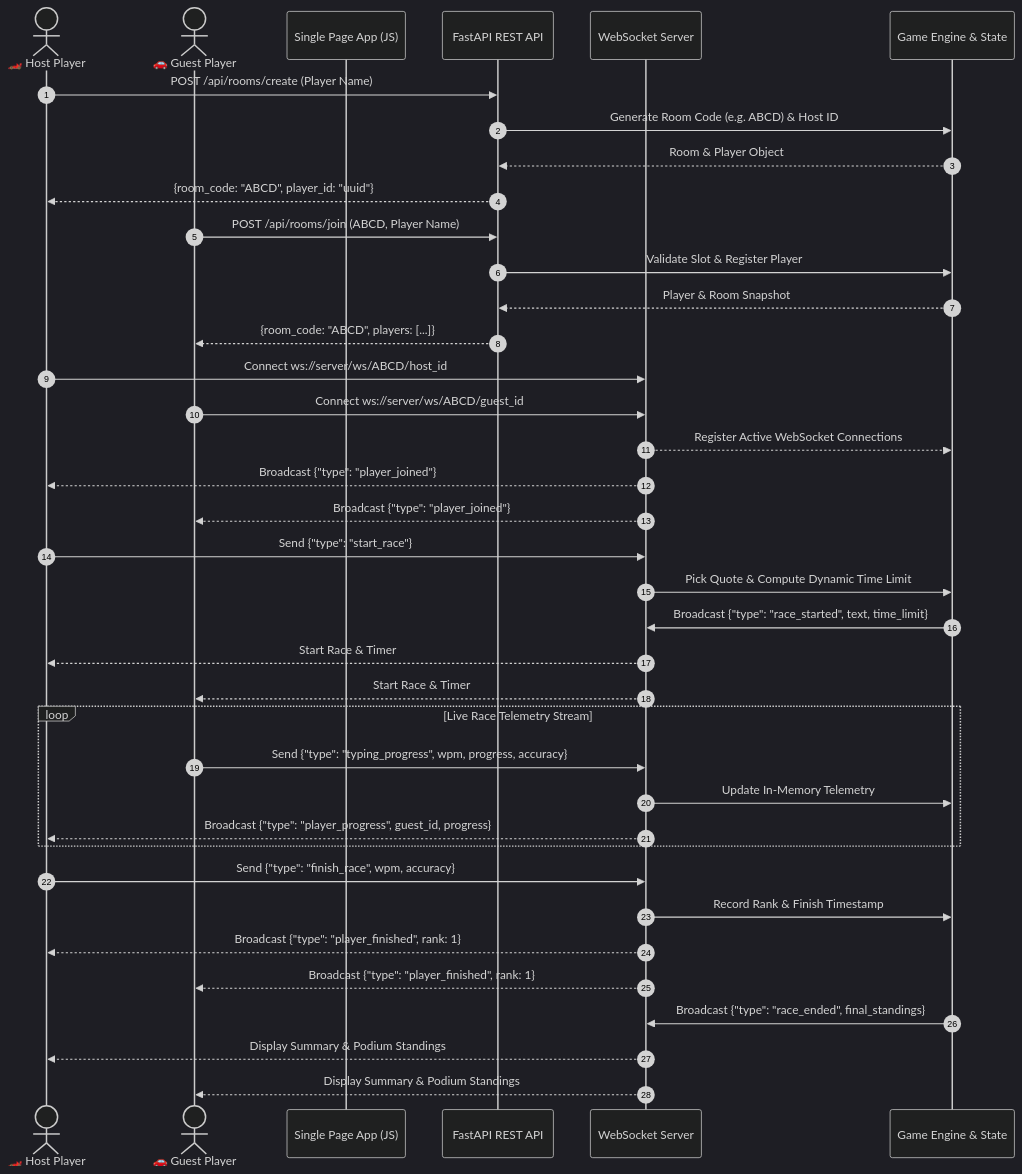
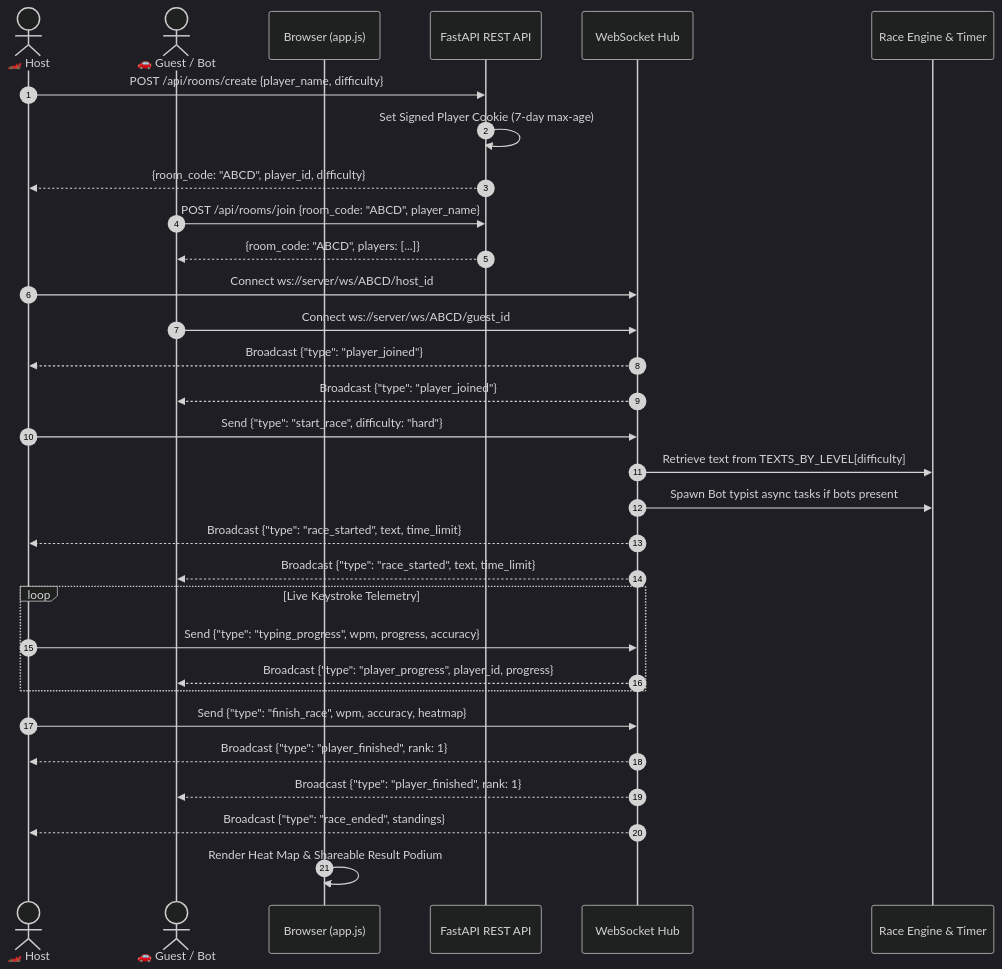
One commit to pranav-4797/NeonType_Race changed the second of 2 diagrams in README.md. Above: the diagram before and after it, drawn with Mermaid (dark theme). The commit also changed other lines of this file and 3 other files, not shown here.

Commit message:
docs: redefine README with modern UI/UX design, Graphify AST architecture graph, and competitive analysis

````diff
--- a/README.md
+++ b/README.md
@@ -88,47 +128,39 @@
 ```mermaid
 sequenceDiagram
     autonumber
-    actor Host as 🏎️ Host Player
-    actor Guest as 🚗 Guest Player
-    participant SPA as Single Page App (JS)
+    actor Host as 🏎️ Host
+    actor Guest as 🚗 Guest / Bot
+    participant Client as Browser (app.js)
     participant REST as FastAPI REST API
-    participant WS as WebSocket Server
-    participant Engine as Game Engine & State
+    participant WS as WebSocket Hub
+    participant Engine as Race Engine & Timer
 
-    Host->>REST: POST /api/rooms/create (Player Name)
-    REST->>Engine: Generate Room Code (e.g. ABCD) & Host ID
-    Engine-->>REST: Room & Player Object
-    REST-->>Host: {room_code: "ABCD", player_id: "uuid"}
+    Host->>REST: POST /api/rooms/create {player_name, difficulty}
+    REST->>REST: Set Signed Player Cookie (7-day max-age)
+    REST-->>Host: {room_code: "ABCD", player_id, difficulty}
 
-    Guest->>REST: POST /api/rooms/join (ABCD, Player Name)
-    REST->>Engine: Validate Slot & Register Player
-    Engine-->>REST: Player & Room Snapshot
+    Guest->>REST: POST /api/rooms/join {room_code: "ABCD", player_name}
     REST-->>Guest: {room_code: "ABCD", players: [...]}
 
     Host->>WS: Connect ws://server/ws/ABCD/host_id
     Guest->>WS: Connect ws://server/ws/ABCD/guest_id
-    WS-->>Engine: Register Active WebSocket Connections
     WS-->>Host: Broadcast {"type": "player_joined"}
     WS-->>Guest: Broadcast {"type": "player_joined"}
 
-    Host->>WS: Send {"type": "start_race"}
-    WS->>Engine: Pick Quote & Compute Dynamic Time Limit
-    Engine->>WS: Broadcast {"type": "race_started", text, time_limit}
-    WS-->>Host: Start Race & Timer
-    WS-->>Guest: Start Race & Timer
+    Host->>WS: Send {"type": "start_race", difficulty: "hard"}
+    WS->>Engine: Retrieve text from TEXTS_BY_LEVEL[difficulty]
+    WS->>Engine: Spawn Bot typist async tasks if bots present
+    WS-->>Host: Broadcast {"type": "race_started", text, time_limit}
+    WS-->>Guest: Broadcast {"type": "race_started", text, time_limit}
 
-    loop Live Race Telemetry Stream
-        Guest->>WS: Send {"type": "typing_progress", wpm, progress, accuracy}
-        WS->>Engine: Update In-Memory Telemetry
-        WS-->>Host: Broadcast {"type": "player_progress", guest_id, progress}
+    loop Live Keystroke Telemetry
+        Host->>WS: Send {"type": "typing_progress", wpm, progress, accuracy}
+        WS-->>Guest: Broadcast {"type": "player_progress", player_id, progress}
     end
 
-    Host->>WS: Send {"type": "finish_race", wpm, accuracy}
-    WS->>Engine: Record Rank & Finish Timestamp
+    Host->>WS: Send {"type": "finish_race", wpm, accuracy, heatmap}
     WS-->>Host: Broadcast {"type": "player_finished", rank: 1}
     WS-->>Guest: Broadcast {"type": "player_finished", rank: 1}
-
-    Engine->>WS: Broadcast {"type": "race_ended", final_standings}
-    WS-->>Host: Display Summary & Podium Standings
-    WS-->>Guest: Display Summary & Podium Standings
+    WS-->>Host: Broadcast {"type": "race_ended", standings}
+    Client->>Client: Render Heat Map & Shareable Result Podium
 ```
````
